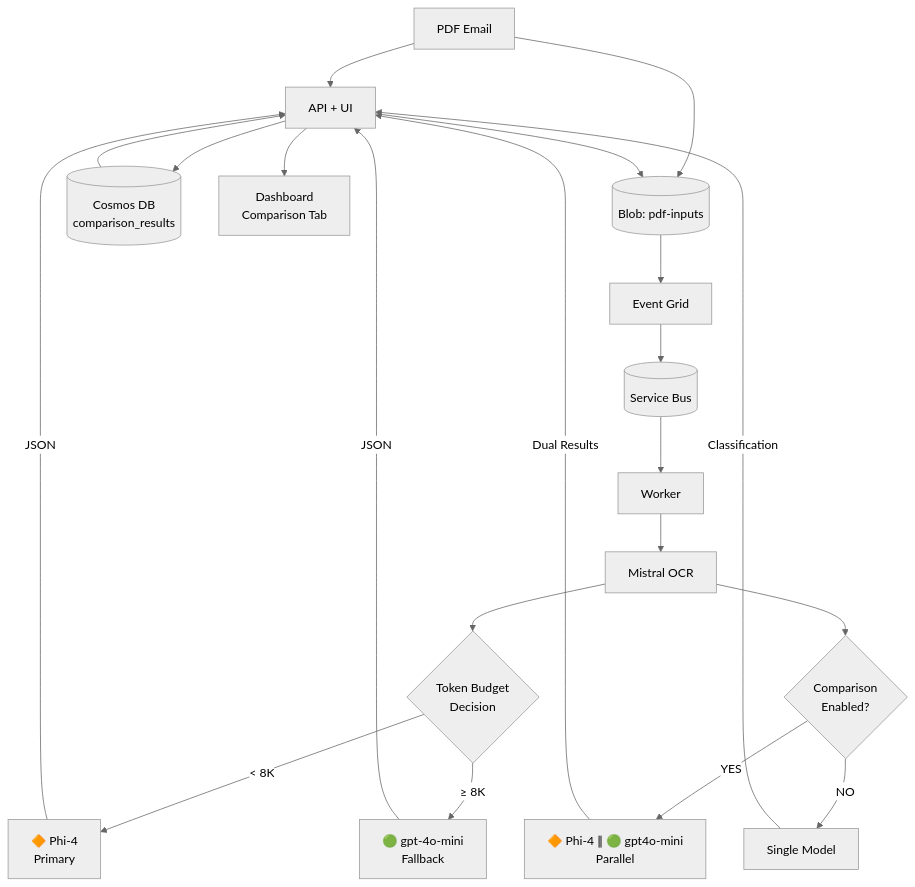
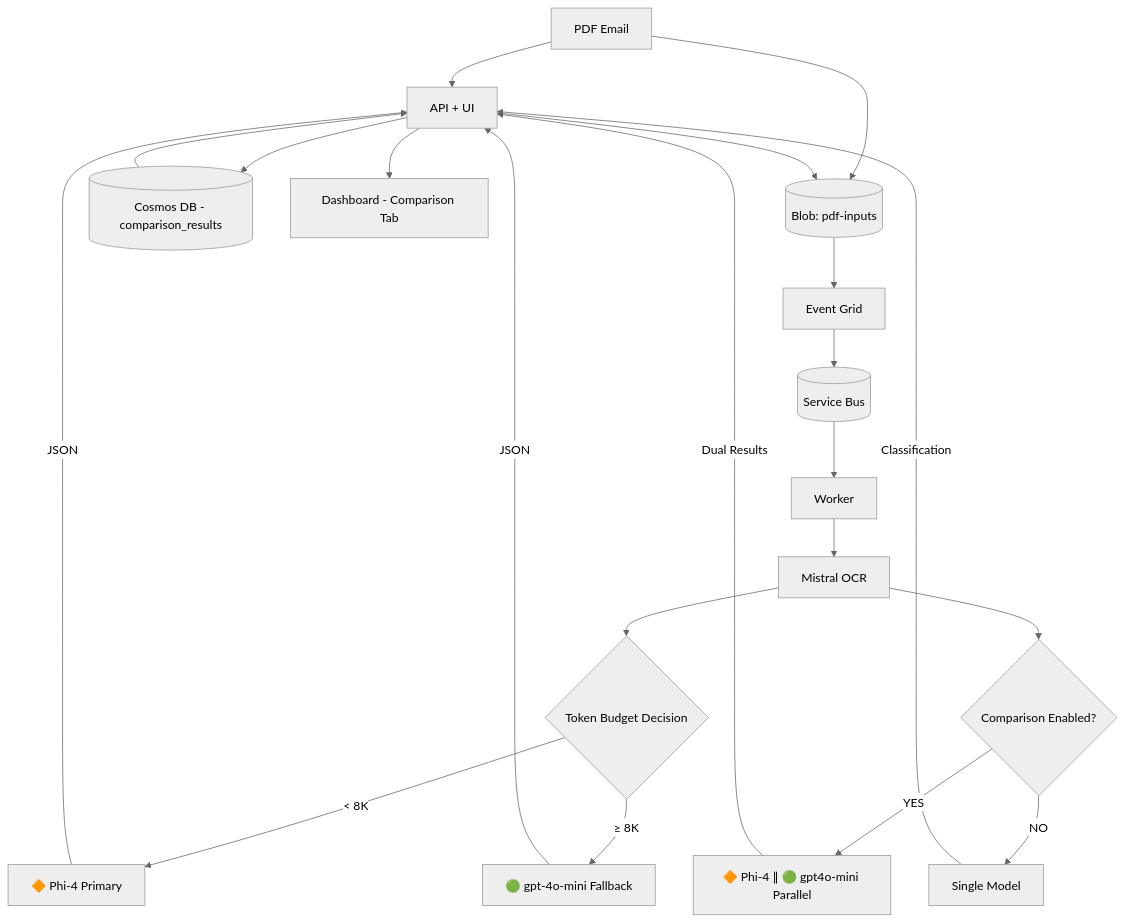
Before and after one commit to olivMertens/ClassyMail: the first of 4 diagrams in docs/ARCHITECTURE.md, drawn with Mermaid (neutral theme). The commit also changed 11 other files, not shown here.

First line of the commit message:
fix: Mermaid diagrams, chatbot UX, and i18n key structure

````diff
--- a/docs/ARCHITECTURE.md
+++ b/docs/ARCHITECTURE.md
@@ -23,23 +23,23 @@
 ```mermaid
 flowchart TD
     PDF[PDF Email] --> API[API + UI]
     PDF --> BlobIn[(Blob: pdf-inputs)]
     API --> BlobIn
     BlobIn --> EG[Event Grid]
     EG --> SB[(Service Bus)]
     SB --> W[Worker]
     W --> OCR[Mistral OCR]
-    OCR --> Check{"Token Budget<br/>Decision"}
-    Check -->|< 8K| Phi["🔶 Phi-4<br/>Primary"]
-    Check -->|≥ 8K| GPT["🟢 gpt-4o-mini<br/>Fallback"]
-    OCR --> Comp{"Comparison<br/>Enabled?"}
-    Comp -->|YES| Dual["🔶 Phi-4 ∥ 🟢 gpt4o-mini<br/>Parallel"]
+    OCR --> Check{"Token Budget Decision"}
+    Check -->|< 8K| Phi["🔶 Phi-4 Primary"]
+    Check -->|≥ 8K| GPT["🟢 gpt-4o-mini Fallback"]
+    OCR --> Comp{"Comparison Enabled?"}
+    Comp -->|YES| Dual["🔶 Phi-4 ∥ 🟢 gpt4o-mini Parallel"]
     Comp -->|NO| Single[Single Model]
     Phi -->|JSON| API
     GPT -->|JSON| API
     Dual -->|Dual Results| API
     Single -->|Classification| API
-    API --> Cosmos[(Cosmos DB<br/>comparison_results)]
+    API --> Cosmos[(Cosmos DB - comparison_results)]
     Cosmos --> API
-    API --> UI[Dashboard<br/>Comparison Tab]
+    API --> UI[Dashboard - Comparison Tab]
 ```
````
